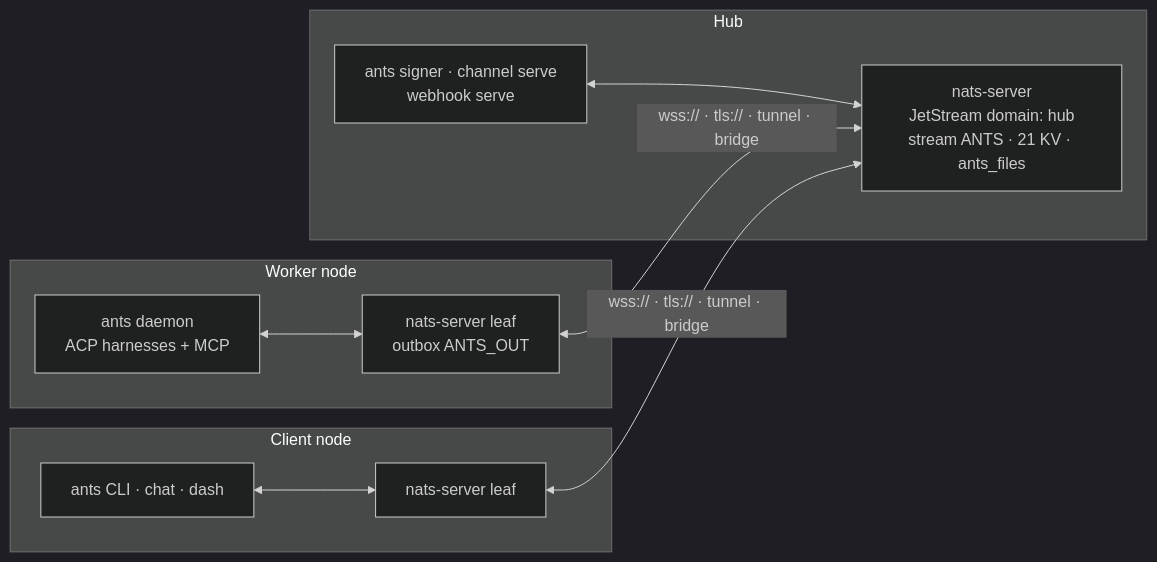
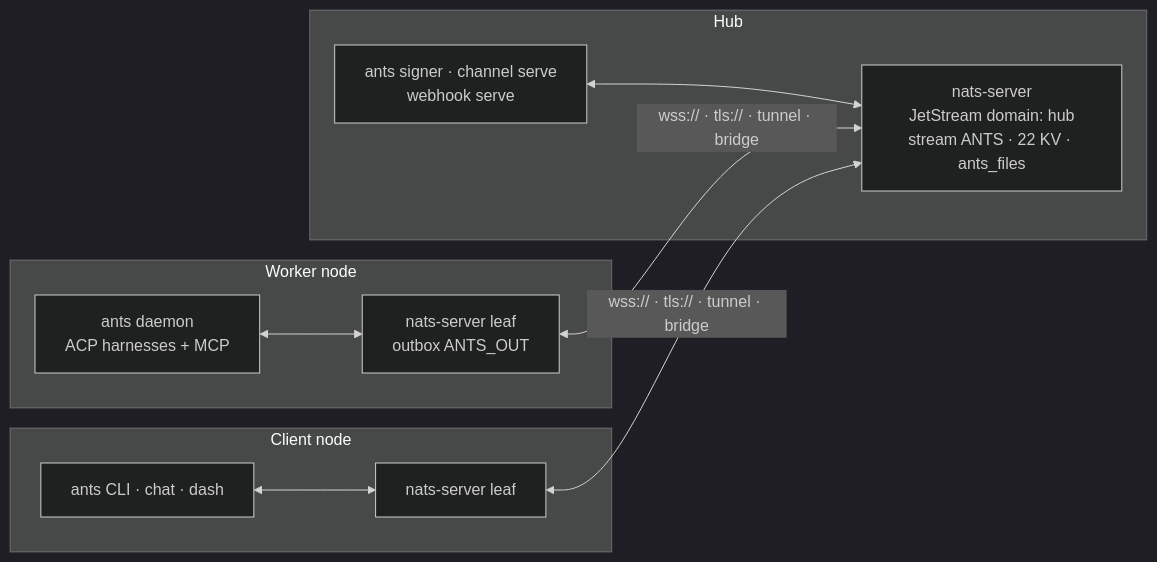
The diagram in README.md (quanghle/ants), drawn with Mermaid (dark theme) before and after one commit. The commit also changed other lines of this file and 42 other files, not shown here.

````diff
--- a/README.md
+++ b/README.md
@@ -19,23 +19,23 @@
 ```mermaid
 flowchart LR
     subgraph worker["Worker node"]
         daemon["ants daemon<br/>ACP harnesses + MCP"]
         wleaf["nats-server leaf<br/>outbox ANTS_OUT"]
         daemon <--> wleaf
     end
 
     subgraph hub["Hub"]
-        hserver["nats-server<br/>JetStream domain: hub<br/>stream ANTS · 21 KV · ants_files"]
+        hserver["nats-server<br/>JetStream domain: hub<br/>stream ANTS · 22 KV · ants_files"]
         services["ants signer · channel serve<br/>webhook serve"]
         services <--> hserver
     end
 
     subgraph client["Client node"]
         cli["ants CLI · chat · dash"]
         cleaf["nats-server leaf"]
         cli <--> cleaf
     end
 
     wleaf <-->|"wss:// · tls:// · tunnel · bridge"| hserver
     cleaf <-->|"wss:// · tls:// · tunnel · bridge"| hserver
 ```
````
